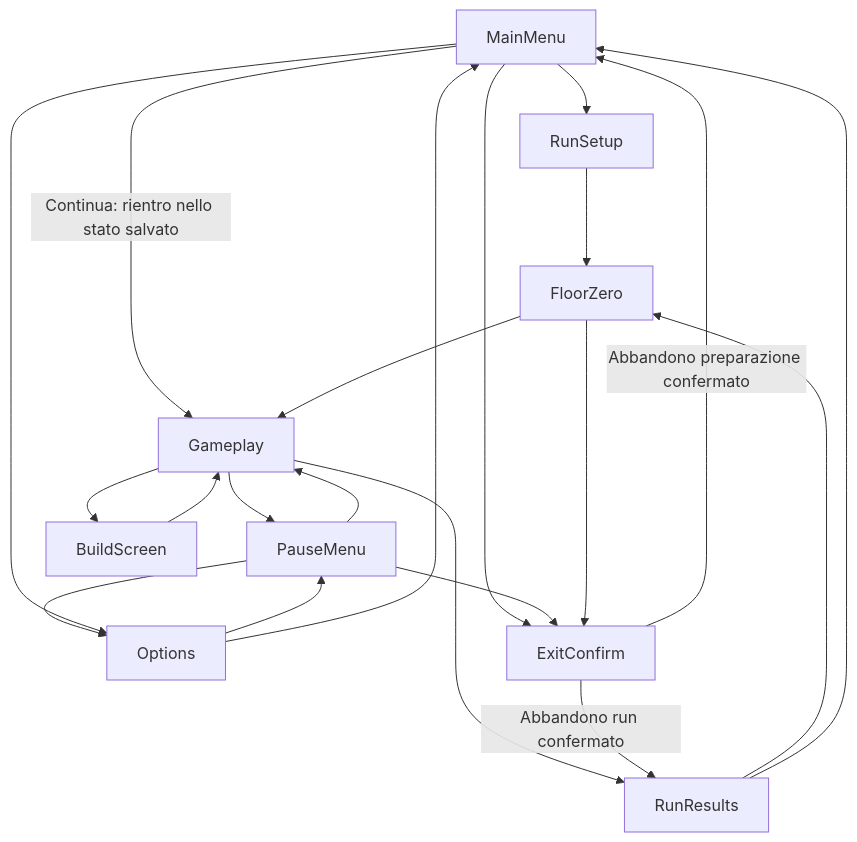
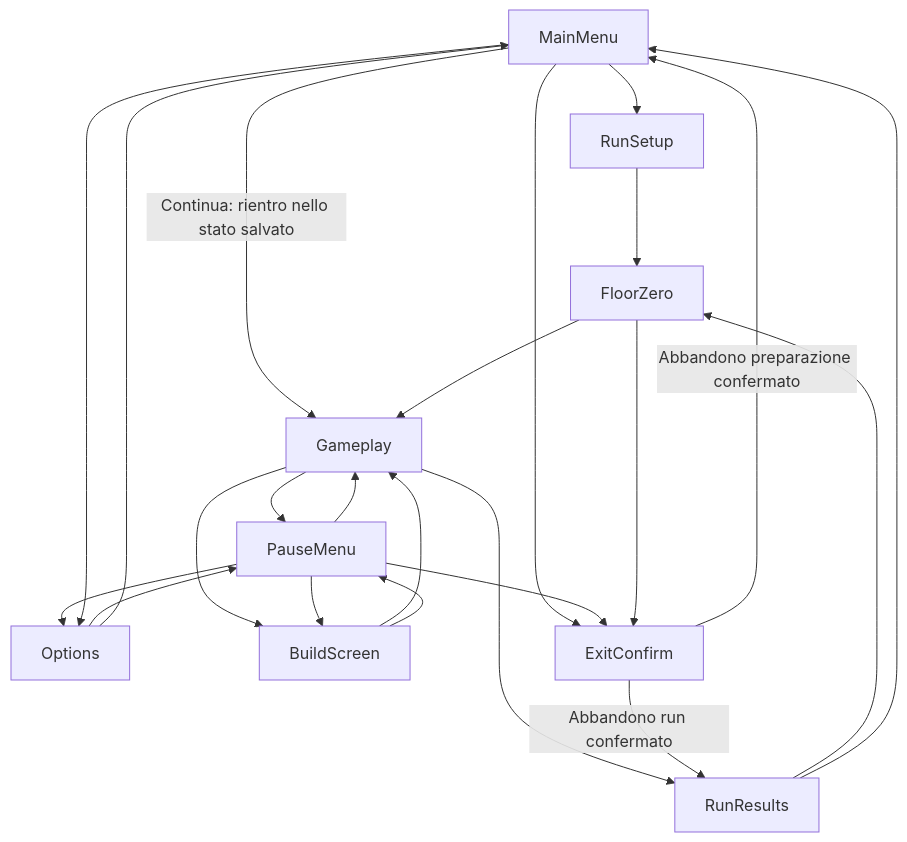
One commit to Praise32/worldsmelt changed the diagram in docs/design/05-game-states-and-flow.md. Above: the diagram before and after it, drawn with Mermaid. The commit also changed other lines of this file and 70 other files, not shown here.

````diff
--- a/docs/design/05-game-states-and-flow.md
+++ b/docs/design/05-game-states-and-flow.md
@@ -57,23 +70,25 @@
 ```mermaid
 flowchart TD
     MainMenu --> RunSetup
     MainMenu -->|Continua: rientro nello stato salvato| Gameplay
     RunSetup --> FloorZero
     FloorZero --> Gameplay
     Gameplay --> PauseMenu
     PauseMenu --> Gameplay
     PauseMenu --> Options
     Options --> PauseMenu
     Gameplay --> BuildScreen
     BuildScreen --> Gameplay
+    PauseMenu --> BuildScreen
+    BuildScreen --> PauseMenu
     Gameplay --> RunResults
     RunResults --> FloorZero
     RunResults --> MainMenu
     MainMenu --> Options
     Options --> MainMenu
     MainMenu --> ExitConfirm
     PauseMenu --> ExitConfirm
     FloorZero --> ExitConfirm
     ExitConfirm -->|Abbandono run confermato| RunResults
     ExitConfirm -->|Abbandono preparazione confermato| MainMenu
 ```
````
